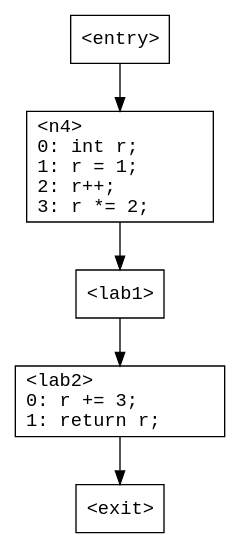
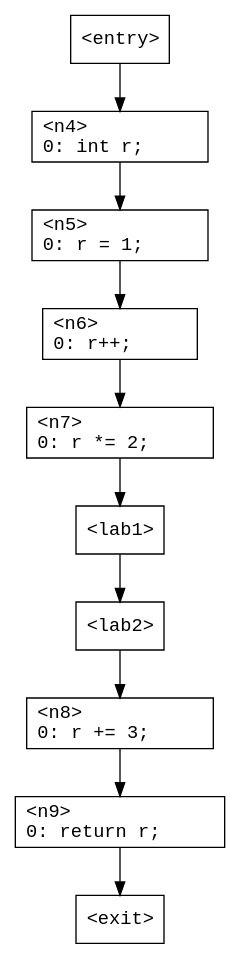
One commit to ashalkhakov/Tarp changed the diagram in TarpTests/Cfg/Data/TestLabel.gv. Above: the diagram before and after it, drawn with Graphviz. The commit also changed 28 other files, not shown here.

```diff
--- a/TarpTests/Cfg/Data/TestLabel.gv
+++ b/TarpTests/Cfg/Data/TestLabel.gv
@@ -1,22 +1,42 @@
 digraph G
 {
     n0 [ shape = "box"
              fontname = "Monospace"
              label = "<entry>\l" ];
       n0 -> n4;
     n1 [ shape = "box"
              fontname = "Monospace"
              label = "<exit>\l" ];
     n2 [ shape = "box"
              fontname = "Monospace"
              label = "<lab1>\l" ];
       n2 -> n3;
     n3 [ shape = "box"
              fontname = "Monospace"
-             label = "<lab2>\l0:	r += 3;\l1:	return r;\l" ];
-      n3 -> n1;
+             label = "<lab2>\l" ];
+      n3 -> n8;
     n4 [ shape = "box"
              fontname = "Monospace"
-             label = "<n4>\l0:	int r;\l1:	r = 1;\l2:	r++;\l3:	r *= 2;\l" ];
-      n4 -> n2;
+             label = "<n4>\l0:	int r;\l" ];
+      n4 -> n5;
+    n5 [ shape = "box"
+             fontname = "Monospace"
+             label = "<n5>\l0:	r = 1;\l" ];
+      n5 -> n6;
+    n6 [ shape = "box"
+             fontname = "Monospace"
+             label = "<n6>\l0:	r++;\l" ];
+      n6 -> n7;
+    n7 [ shape = "box"
+             fontname = "Monospace"
+             label = "<n7>\l0:	r *= 2;\l" ];
+      n7 -> n2;
+    n8 [ shape = "box"
+             fontname = "Monospace"
+             label = "<n8>\l0:	r += 3;\l" ];
+      n8 -> n9;
+    n9 [ shape = "box"
+             fontname = "Monospace"
+             label = "<n9>\l0:	return r;\l" ];
+      n9 -> n1;
 }
```
